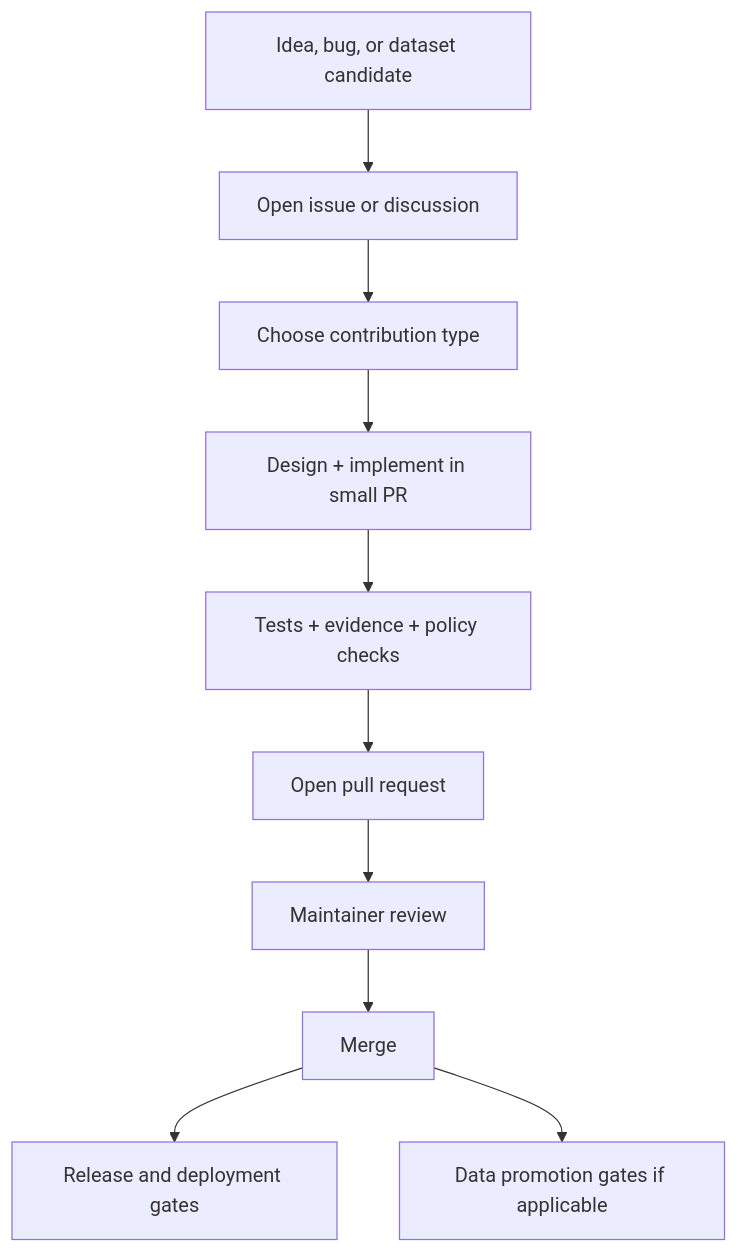
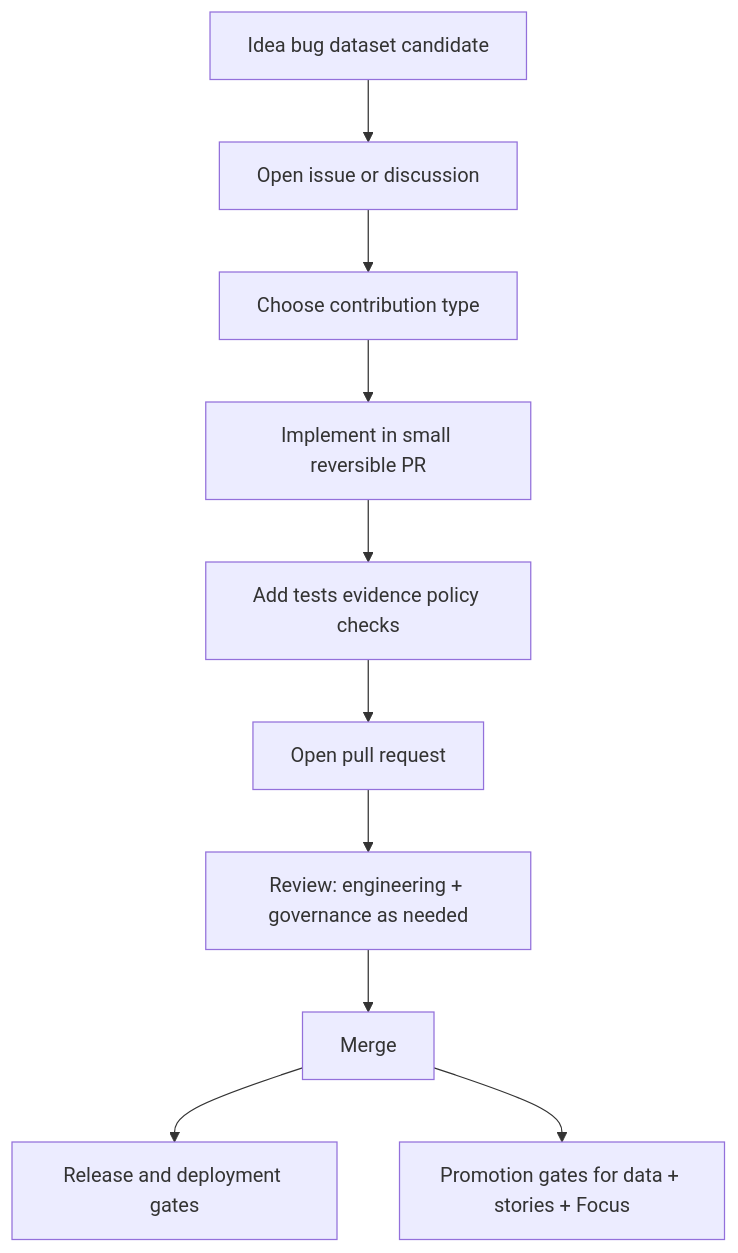
The diagram in CONTRIBUTING.md (bartytime4life/Kansas-Frontier-Matrix), drawn with Mermaid before and after one commit. The commit also changed other lines of this file, not shown here.

````diff
--- a/CONTRIBUTING.md
+++ b/CONTRIBUTING.md
@@ -98,12 +146,12 @@
 ```mermaid
 flowchart TD
-  A[Idea, bug, or dataset candidate] --> B[Open issue or discussion]
+  A[Idea bug dataset candidate] --> B[Open issue or discussion]
   B --> C[Choose contribution type]
-  C --> D[Design + implement in small PR]
-  D --> E[Tests + evidence + policy checks]
+  C --> D[Implement in small reversible PR]
+  D --> E[Add tests evidence policy checks]
   E --> F[Open pull request]
-  F --> G[Maintainer review]
+  F --> G[Review: engineering + governance as needed]
   G --> H[Merge]
   H --> I[Release and deployment gates]
-  H --> J[Data promotion gates if applicable]
+  H --> J[Promotion gates for data + stories + Focus]
 ```
````
